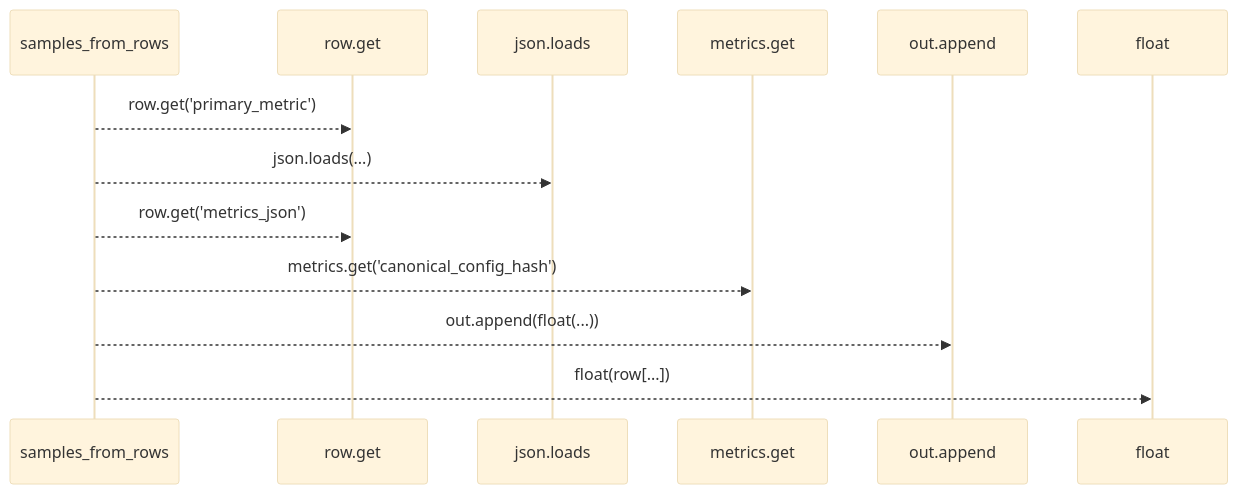
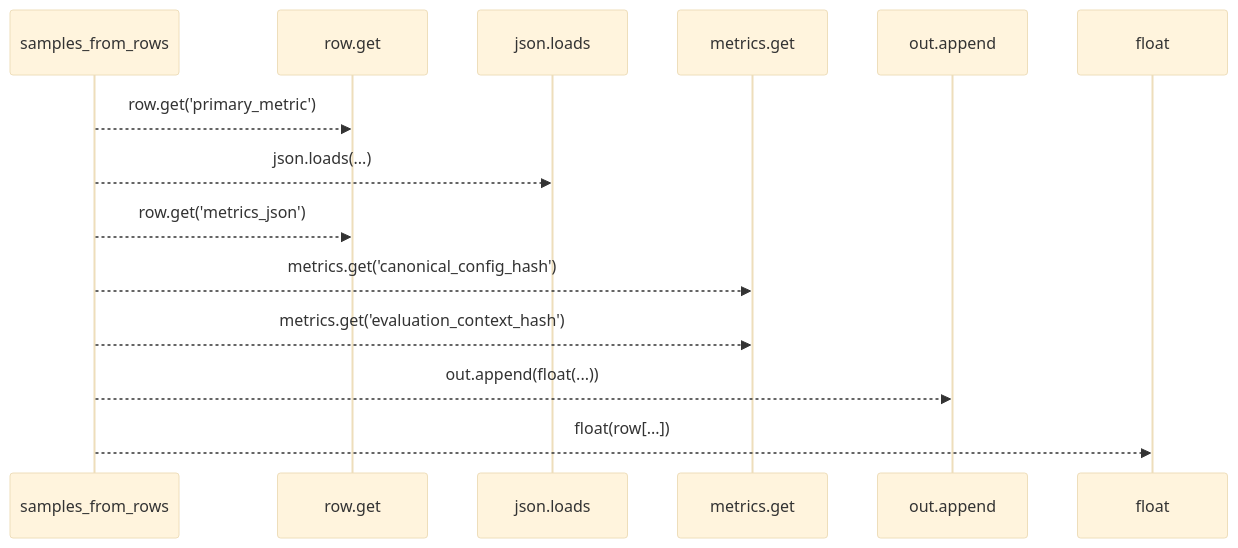
Before and after one commit to Denissvgn/autoresearch-agent: the first of 2 diagrams in docs/llm_wiki/flows/api-samples_from_rows.md, drawn with Mermaid (base theme). The commit also changed other lines of this file and 1033 other files, not shown here.

````diff
--- a/docs/llm_wiki/flows/api-samples_from_rows.md
+++ b/docs/llm_wiki/flows/api-samples_from_rows.md
@@ -12,15 +12,16 @@
 ```mermaid
 sequenceDiagram
     participant p0 as samples_from_rows
     participant p1 as row.get
     participant p2 as json.loads
     participant p3 as metrics.get
     participant p4 as out.append
     participant p5 as float
     p0-->>p1: row.get('primary_metric')
     p0-->>p2: json.loads(...)
     p0-->>p1: row.get('metrics_json')
     p0-->>p3: metrics.get('canonical_config_hash')
+    p0-->>p3: metrics.get('evaluation_context_hash')
     p0-->>p4: out.append(float(...))
     p0-->>p5: float(row[...])
 ```
````
